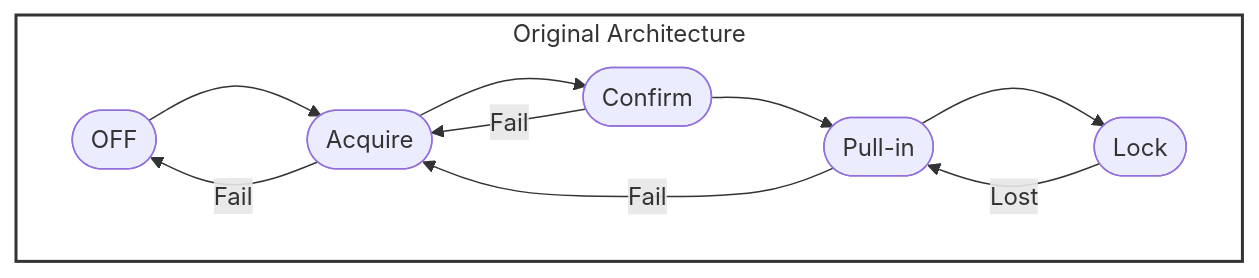
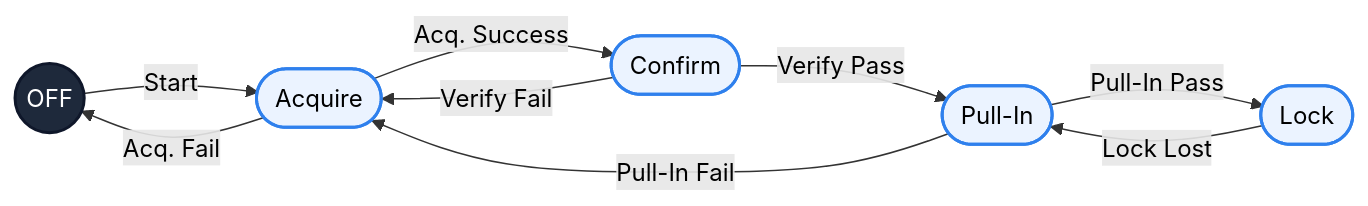
One commit to pocper/SoC-GPS-Hybrid-Acquisition changed the first of 2 diagrams in README.md. Above: the diagram before and after it, drawn with Mermaid. The commit also changed other lines of this file and 5 other files, not shown here.

````diff
--- a/README.md
+++ b/README.md
@@ -125,17 +116,17 @@
 ``` mermaid
 graph LR
-    subgraph ORIG [Original Architecture]
-        direction LR
-        OFF([OFF]) --> Acquire([Acquire])
-        Acquire --> Confirm([Confirm])
-        Confirm --> Pull-in([Pull-in])
-        Pull-in --> Lock([Lock])
-        
-        Acquire -- Fail --> OFF
-        Confirm -- Fail --> Acquire
-        Pull-in -- Fail --> Acquire
-        Lock -- Lost --> Pull-in
-    end
+    classDef mainState fill:#EBF3FF,stroke:#2F80ED,stroke-width:2px,color:#000000,rx:8,ry:8;
+    classDef startState fill:#1E293B,stroke:#0F172A,stroke-width:2px,color:#FFFFFF,rx:50,ry:50;
     
-    style ORIG fill:#fff,stroke:#333,stroke-width:2px
+    linkStyle default color:#000000,background-color:#FFFFFF,stroke-width:1px;
+
+    OFF((OFF)):::startState -->|Start| Acquire([Acquire]):::mainState
+    Acquire -->|Acq. Success| Confirm([Confirm]):::mainState
+    Confirm -->|Verify Pass| Pull-In(["Pull-In"]):::mainState
+    Pull-In -->|Pull-In Pass| Lock([Lock]):::mainState
+
+    Acquire -->|Acq. Fail| OFF
+    Confirm -->|Verify Fail| Acquire
+    Pull-In -->|Pull-In Fail| Acquire
+    Lock -->|Lock Lost| Pull-In
 ```
````
